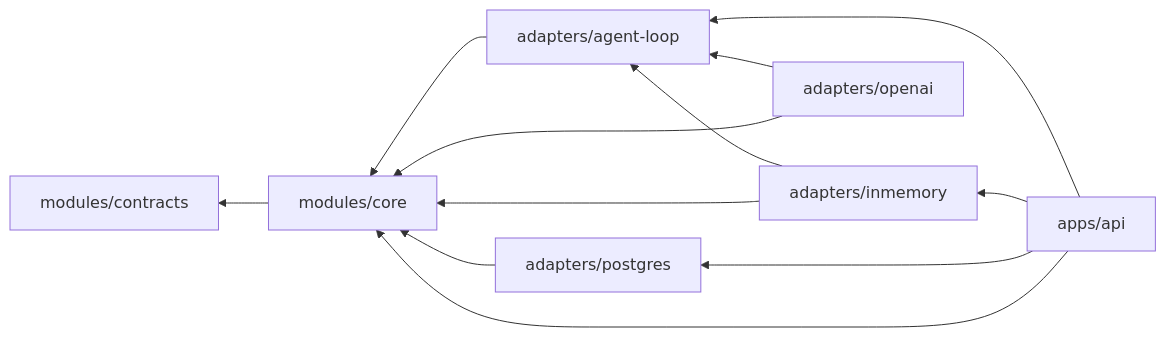
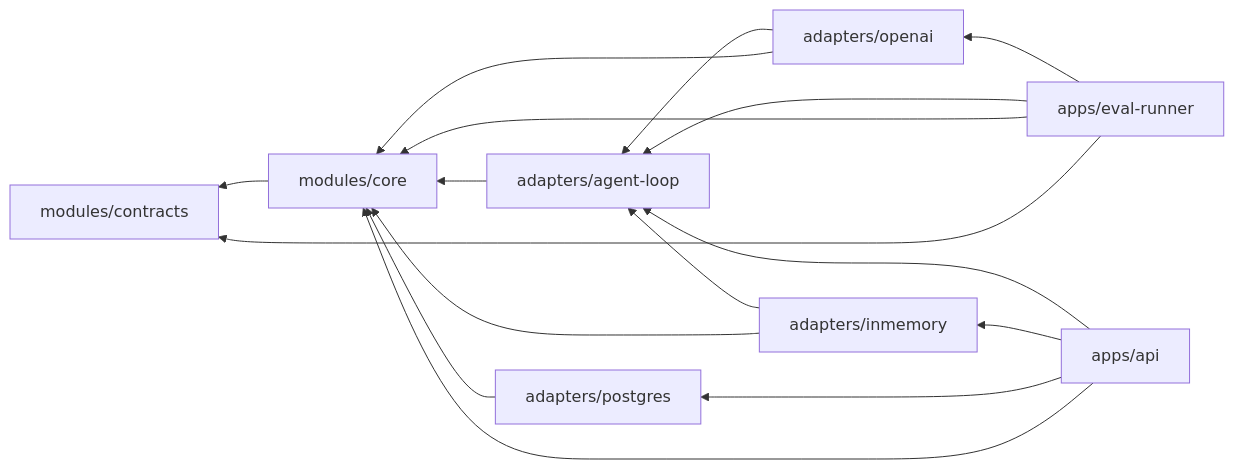
The diagram in docs/architecture/module-map.md (striveh/emergeos), drawn with Mermaid before and after one commit. The commit also changed other lines of this file and 9 other files, not shown here.

Commit message:
docs: record bounded synthetic eval runner

````diff
--- a/docs/architecture/module-map.md
+++ b/docs/architecture/module-map.md
@@ -40,22 +46,27 @@
 ```mermaid
 flowchart RL
   API["apps/api"]
   LOOP["adapters/agent-loop"]
   MEM["adapters/inmemory"]
   PG["adapters/postgres"]
   OAI["adapters/openai"]
+  EVAL["apps/eval-runner"]
   CORE["modules/core"]
   CT["modules/contracts"]
 
   API --> LOOP
   API --> MEM
   API --> PG
   API --> CORE
   MEM --> LOOP
   OAI --> LOOP
   OAI --> CORE
+  EVAL --> OAI
+  EVAL --> LOOP
+  EVAL --> CORE
+  EVAL --> CT
   LOOP --> CORE
   MEM --> CORE
   PG --> CORE
   CORE --> CT
 ```
````
